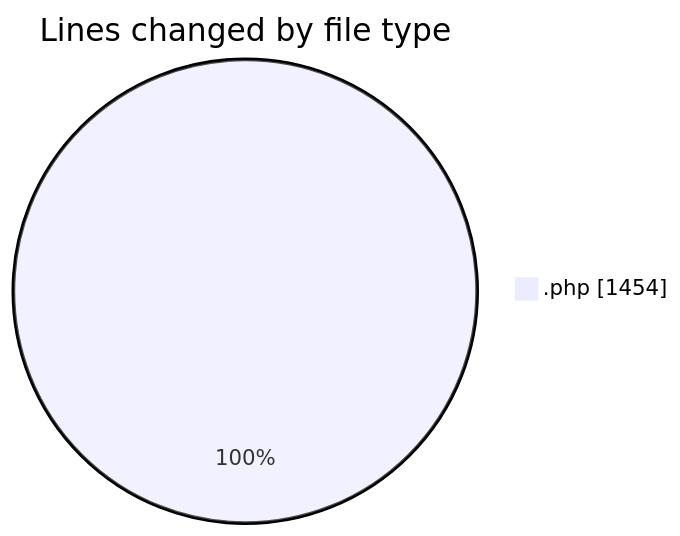
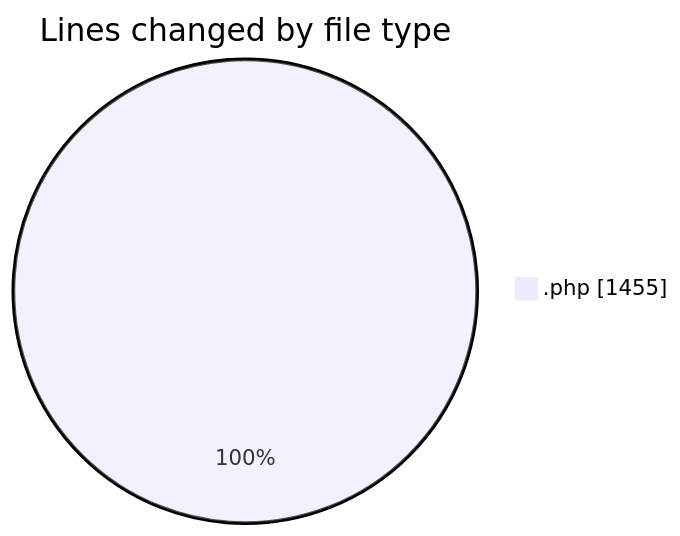
One commit to vahidmafi/code-tracking changed the first of 2 diagrams in 2025-10-04/shop/README.md. Above: the diagram before and after it, drawn with Mermaid. The commit also changed other lines of this file and 1 other file, not shown here.

````diff
--- a/2025-10-04/shop/README.md
+++ b/2025-10-04/shop/README.md
@@ -24,5 +24,5 @@
 ```mermaid
 pie showData
 title Lines changed by file type
-".php" : 1454
+".php" : 1455
 ```
````
